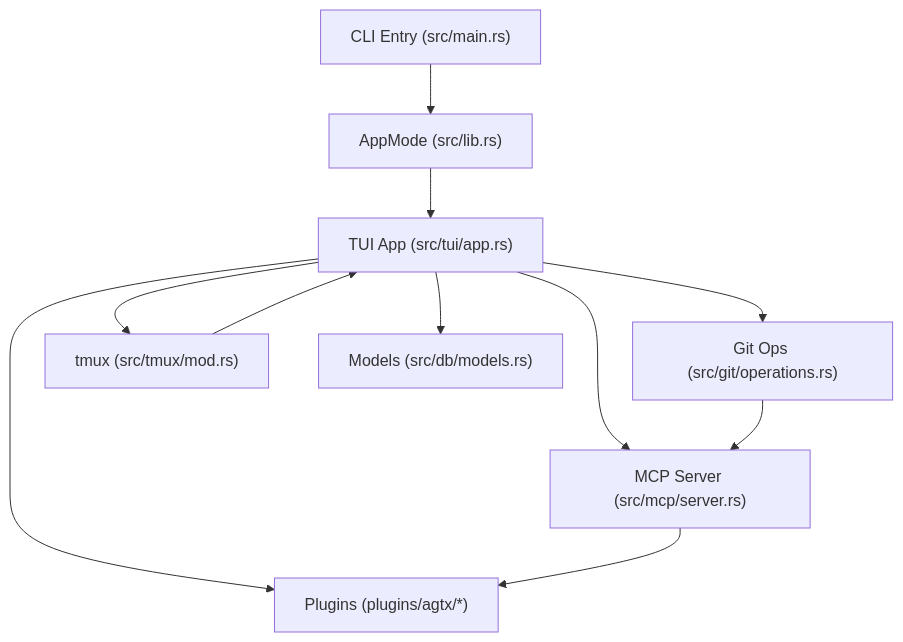
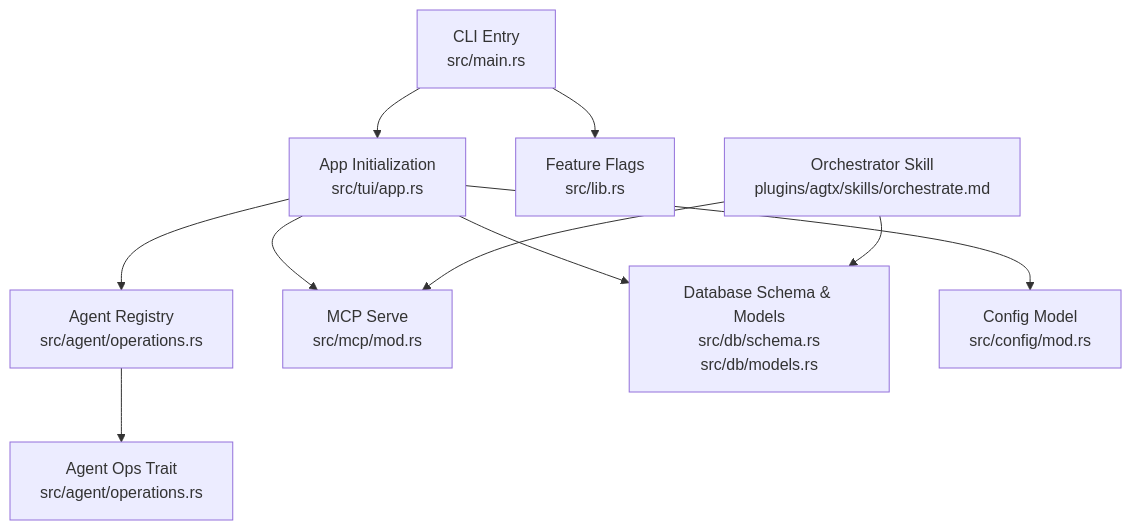
The first of 9 diagrams in .qoder/repowiki/en/content/Advanced Features/Advanced Features.md (bramburn/agtx), drawn with Mermaid before and after one commit. The commit also changed other lines of this file and 140 other files, not shown here.

````diff
--- a/.qoder/repowiki/en/content/Advanced Features/Advanced Features.md
+++ b/.qoder/repowiki/en/content/Advanced Features/Advanced Features.md
@@ -54,13 +46,12 @@
 ```mermaid
 graph TB
-CLI["CLI Entry (src/main.rs)"] --> Mode["AppMode (src/lib.rs)"]
-Mode --> TUI["TUI App (src/tui/app.rs)"]
-TUI --> MCP["MCP Server (src/mcp/server.rs)"]
-TUI --> GitOps["Git Ops (src/git/operations.rs)"]
-TUI --> TmuxOps["tmux (src/tmux/mod.rs)"]
-TUI --> DB["Models (src/db/models.rs)"]
-TUI --> Plugins["Plugins (plugins/agtx/*)"]
-MCP --> Plugins
-GitOps --> MCP
-TmuxOps --> TUI
+A["CLI Entry<br/>src/main.rs"] --> B["App Initialization<br/>src/tui/app.rs"]
+A --> C["Feature Flags<br/>src/lib.rs"]
+B --> D["Agent Registry<br/>src/agent/operations.rs"]
+D --> E["Agent Ops Trait<br/>src/agent/operations.rs"]
+B --> F["MCP Serve<br/>src/mcp/mod.rs"]
+B --> G["Database Schema & Models<br/>src/db/schema.rs<br/>src/db/models.rs"]
+B --> H["Config Model<br/>src/config/mod.rs"]
+I["Orchestrator Skill<br/>plugins/agtx/skills/orchestrate.md"] --> F
+I --> G
 ```
````
